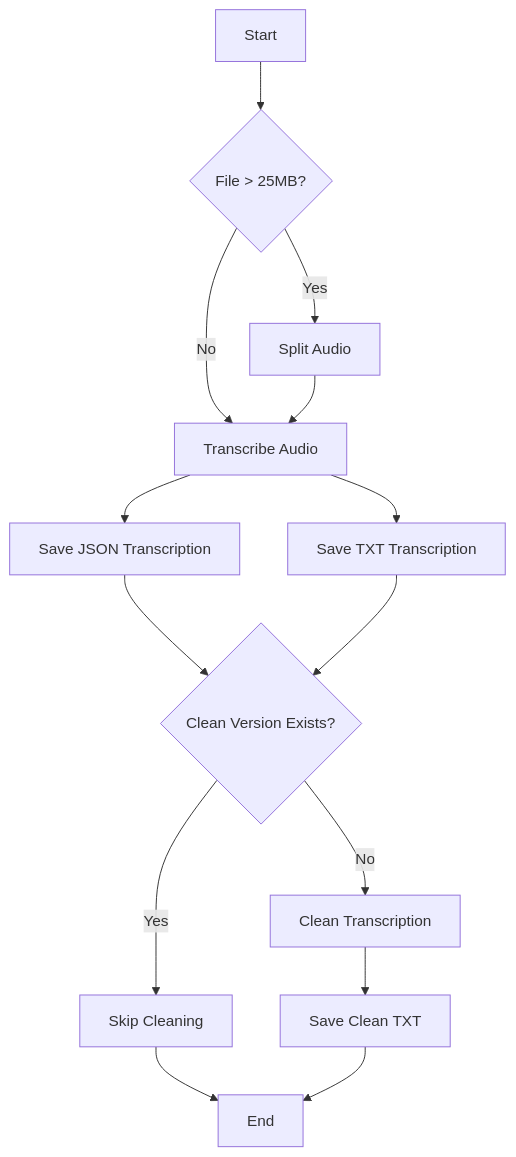
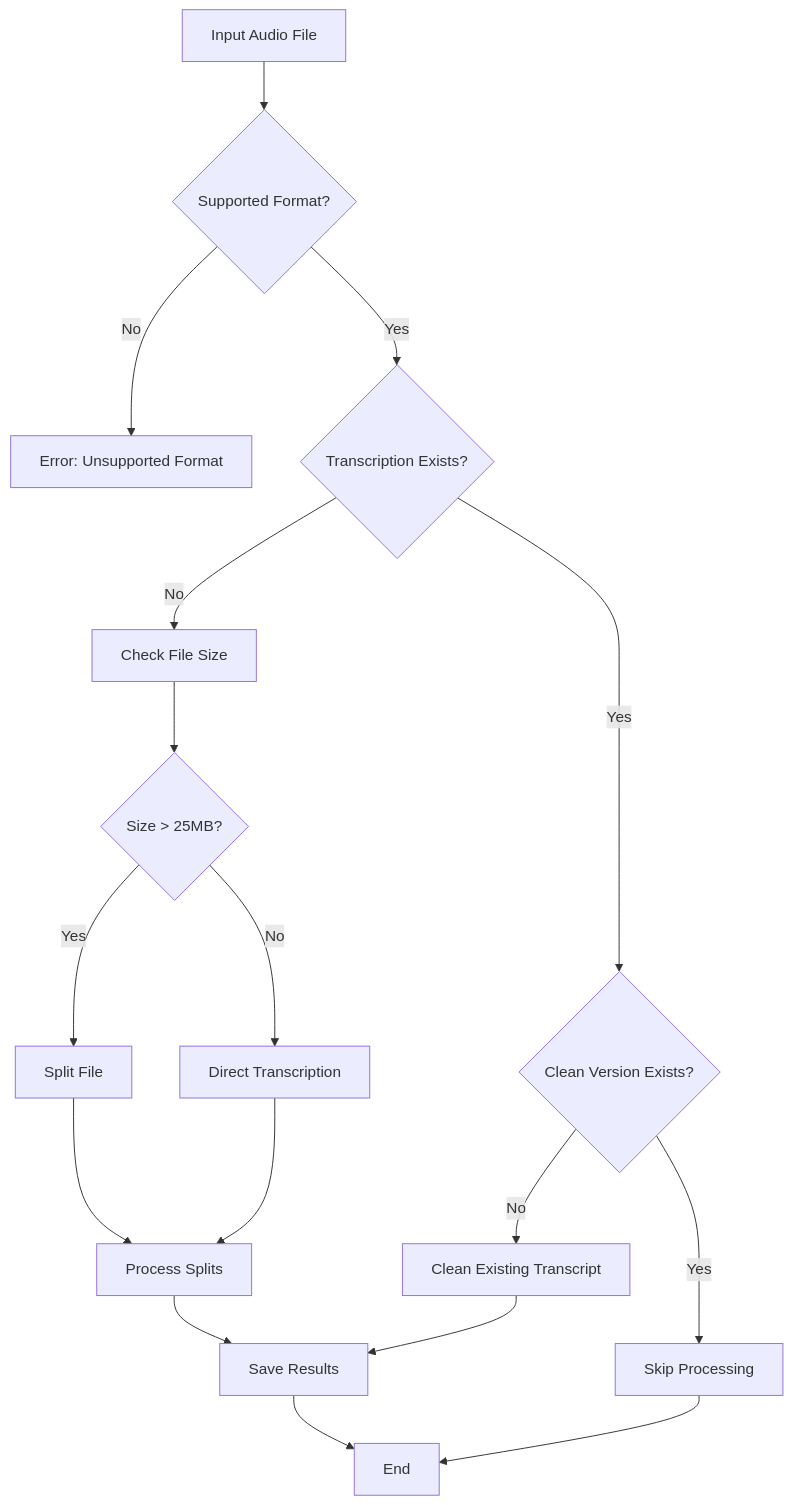
Before and after one commit to CaptainCodeAU/AudioScribe: the second of 3 diagrams in README.md, drawn with Mermaid. The commit also changed other lines of this file, not shown here.

Commit message:
docs: update README to reflect current codebase architecture and features

````diff
--- a/README.md
+++ b/README.md
@@ -141,16 +138,19 @@
 ```mermaid
 graph TD
-    A[Start] --> B{File > 25MB?}
-    B -- Yes --> C[Split Audio]
-    B -- No --> D[Transcribe Audio]
-    C --> D
-    D --> E[Save JSON Transcription]
-    D --> F[Save TXT Transcription]
-    E --> G{Clean Version Exists?}
-    F --> G
-    G -- No --> H[Clean Transcription]
-    G -- Yes --> I[Skip Cleaning]
-    H --> J[Save Clean TXT]
-    I --> K[End]
-    J --> K
+    A[Input Audio File] --> B{Supported Format?}
+    B -- No --> C[Error: Unsupported Format]
+    B -- Yes --> D{Transcription Exists?}
+    D -- Yes --> E{Clean Version Exists?}
+    D -- No --> F[Check File Size]
+    E -- Yes --> G[Skip Processing]
+    E -- No --> H[Clean Existing Transcript]
+    F --> I{Size > 25MB?}
+    I -- Yes --> J[Split File]
+    I -- No --> K[Direct Transcription]
+    J --> L[Process Splits]
+    K --> L
+    L --> M[Save Results]
+    H --> M
+    M --> N[End]
+    G --> N
 ```
````
